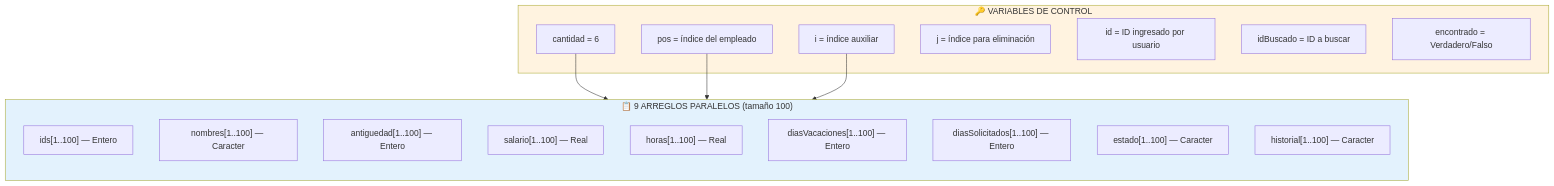
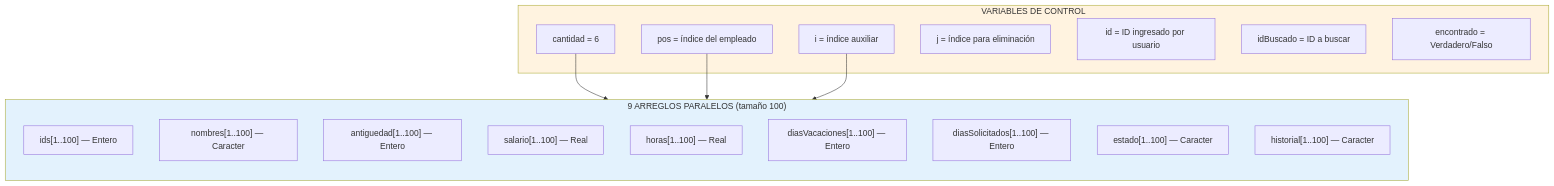
One commit to Jositz/Sistema-Gestion-Recursos-Humanos changed the first of 9 diagrams in Diagrama_Estructura_Arreglos.md. Above: the diagram before and after it, drawn with Mermaid. The commit also changed other lines of this file, not shown here.

````diff
--- a/Diagrama_Estructura_Arreglos.md
+++ b/Diagrama_Estructura_Arreglos.md
@@ -7,32 +7,32 @@
 ```mermaid
 flowchart TB
-    subgraph VARS ["🔑 VARIABLES DE CONTROL"]
+    subgraph VARS [" VARIABLES DE CONTROL"]
         CANT["cantidad = 6"]
         POS["pos = índice del empleado"]
         I["i = índice auxiliar"]
         J["j = índice para eliminación"]
         ID["id = ID ingresado por usuario"]
         IDB["idBuscado = ID a buscar"]
         ENCONTRADO["encontrado = Verdadero/Falso"]
     end
 
-    subgraph ARRAYS ["📋 9 ARREGLOS PARALELOS (tamaño 100)"]
+    subgraph ARRAYS [" 9 ARREGLOS PARALELOS (tamaño 100)"]
         direction TB
         A1["ids[1..100] — Entero"]
         A2["nombres[1..100] — Caracter"]
         A3["antiguedad[1..100] — Entero"]
         A4["salario[1..100] — Real"]
         A5["horas[1..100] — Real"]
         A6["diasVacaciones[1..100] — Entero"]
         A7["diasSolicitados[1..100] — Entero"]
         A8["estado[1..100] — Caracter"]
         A9["historial[1..100] — Caracter"]
     end
 
     CANT --> A1
     POS --> A1
     I --> A1
 
     style VARS fill:#FFF3E0
     style ARRAYS fill:#E3F2FD
 ```
````
